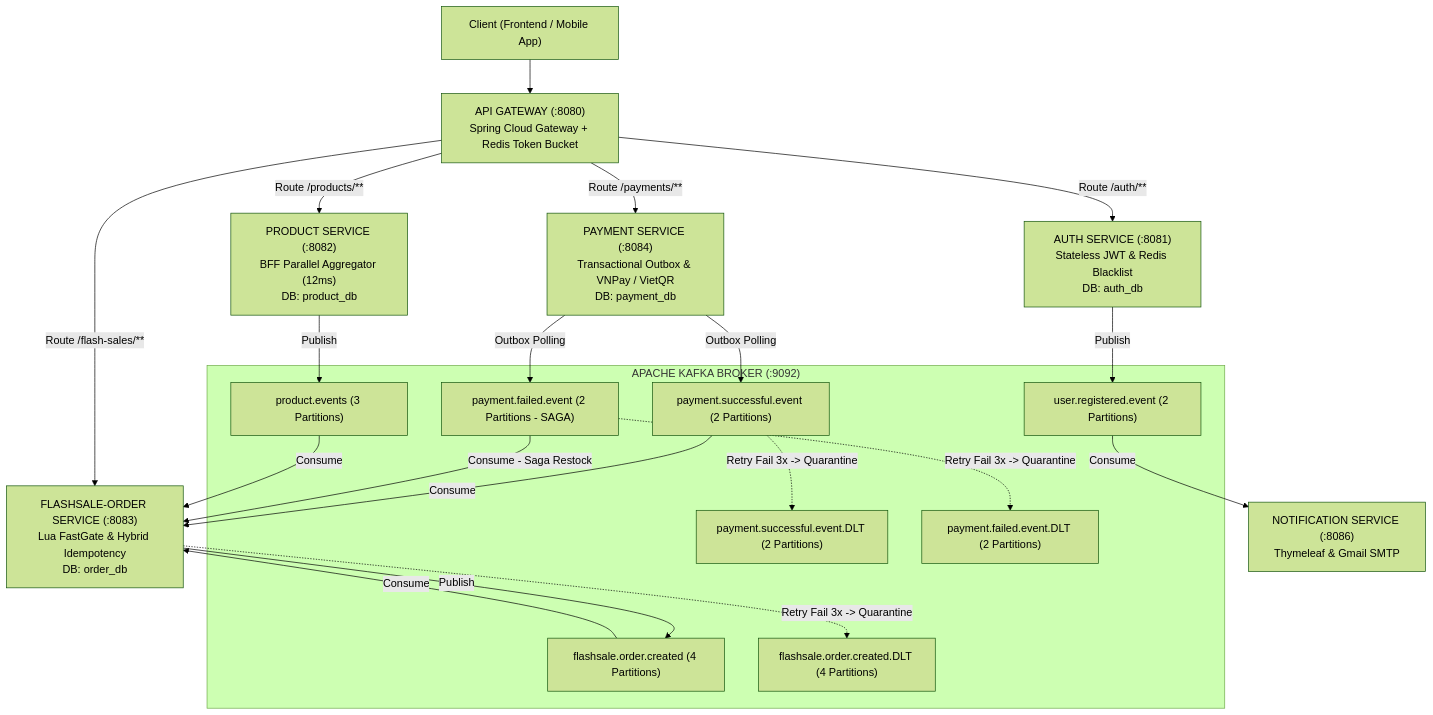
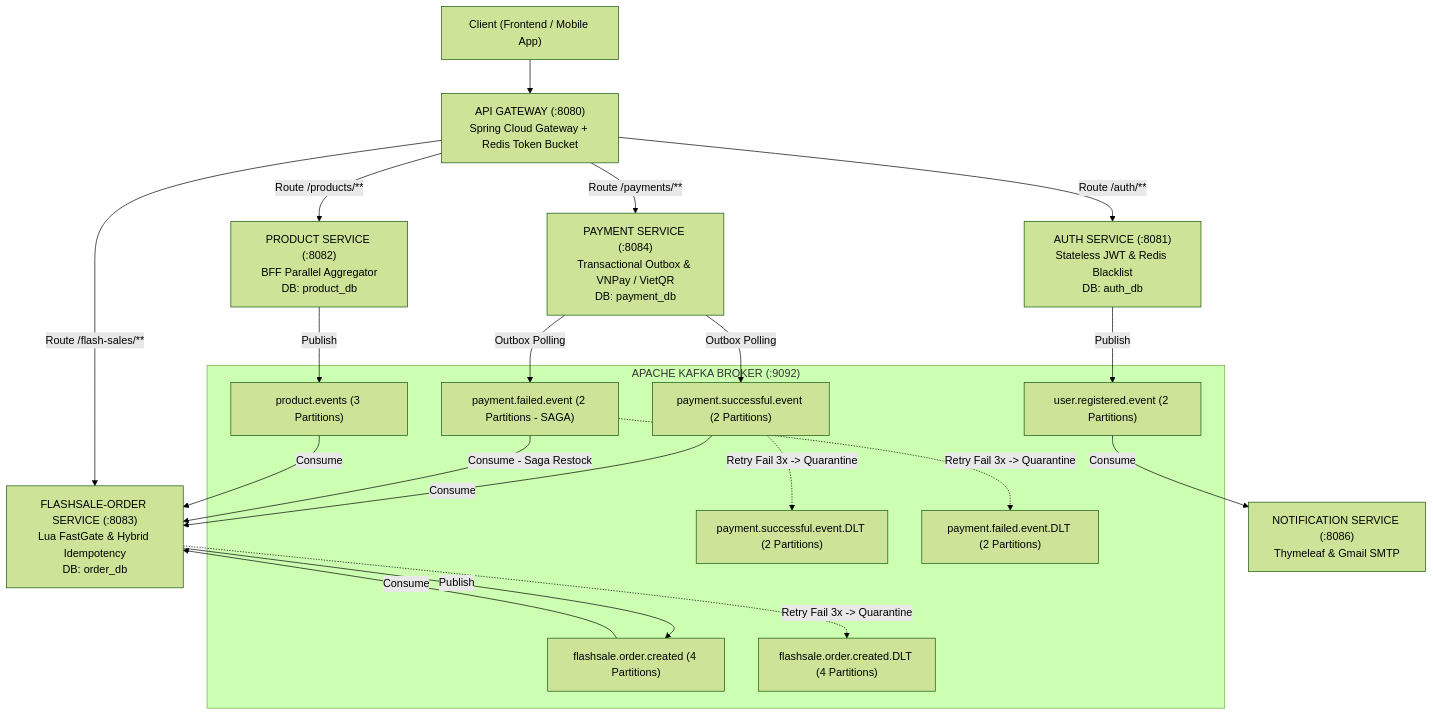
The diagram in flashdeal-api/README.md (TienDat-Lip-2401/flashdeal), drawn with Mermaid (forest theme) before and after one commit. The commit also changed other lines of this file and 3 other files, not shown here.

````diff
--- a/flashdeal-api/README.md
+++ b/flashdeal-api/README.md
@@ -32,38 +31,38 @@
 ```mermaid
 graph TD
     Client["Client (Frontend / Mobile App)"] --> Gateway["API GATEWAY (:8080)<br/>Spring Cloud Gateway + Redis Token Bucket"]
 
     Gateway -->|"Route /auth/**"| AuthSvc["AUTH SERVICE (:8081)<br/>Stateless JWT & Redis Blacklist<br/>DB: auth_db"]
-    Gateway -->|"Route /products/**"| ProdSvc["PRODUCT SERVICE (:8082)<br/>BFF Parallel Aggregator (12ms)<br/>DB: product_db"]
+    Gateway -->|"Route /products/**"| ProdSvc["PRODUCT SERVICE (:8082)<br/>BFF Parallel Aggregator<br/>DB: product_db"]
     Gateway -->|"Route /flash-sales/**"| OrderSvc["FLASHSALE-ORDER SERVICE (:8083)<br/>Lua FastGate & Hybrid Idempotency<br/>DB: order_db"]
     Gateway -->|"Route /payments/**"| PaySvc["PAYMENT SERVICE (:8084)<br/>Transactional Outbox & VNPay / VietQR<br/>DB: payment_db"]
 
     subgraph KafkaCluster ["APACHE KAFKA BROKER (:9092)"]
         T1["flashsale.order.created (4 Partitions)"]
         T1_DLT["flashsale.order.created.DLT (4 Partitions)"]
         T2["payment.successful.event (2 Partitions)"]
         T2_DLT["payment.successful.event.DLT (2 Partitions)"]
         T3["payment.failed.event (2 Partitions - SAGA)"]
         T3_DLT["payment.failed.event.DLT (2 Partitions)"]
         T4["product.events (3 Partitions)"]
         T5["user.registered.event (2 Partitions)"]
     end
 
     OrderSvc -->|Publish| T1
     T1 -->|Consume| OrderSvc
     OrderSvc -.->|Retry Fail 3x -> Quarantine| T1_DLT
 
     PaySvc -->|Outbox Polling| T2
     T2 -->|Consume| OrderSvc
     T2 -.->|Retry Fail 3x -> Quarantine| T2_DLT
 
     PaySvc -->|Outbox Polling| T3
     T3 -->|Consume - Saga Restock| OrderSvc
     T3 -.->|Retry Fail 3x -> Quarantine| T3_DLT
 
     ProdSvc -->|Publish| T4
     T4 -->|Consume| OrderSvc
 
     AuthSvc -->|Publish| T5
     T5 -->|Consume| NotifSvc["NOTIFICATION SERVICE (:8086)<br/>Thymeleaf & Gmail SMTP"]
 ```
````
